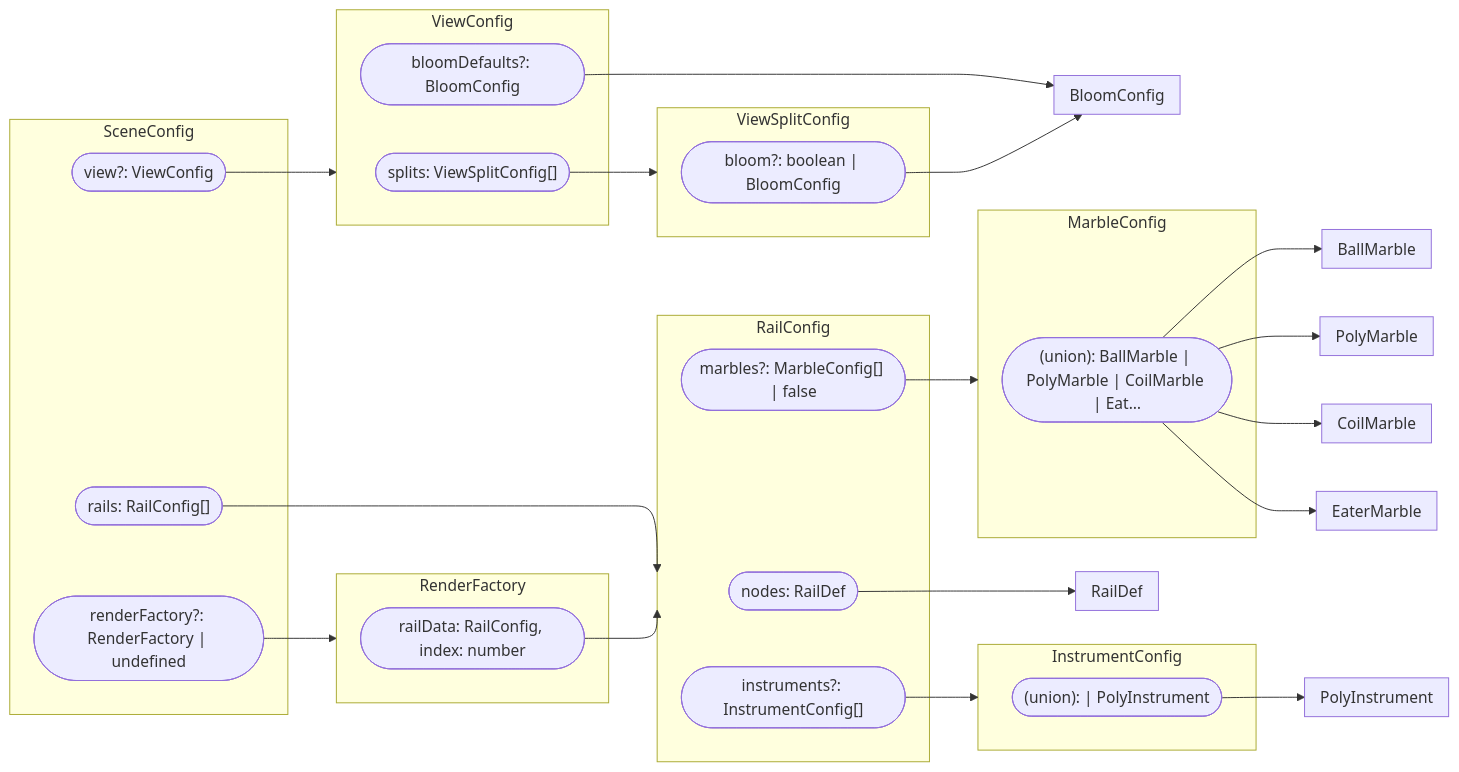
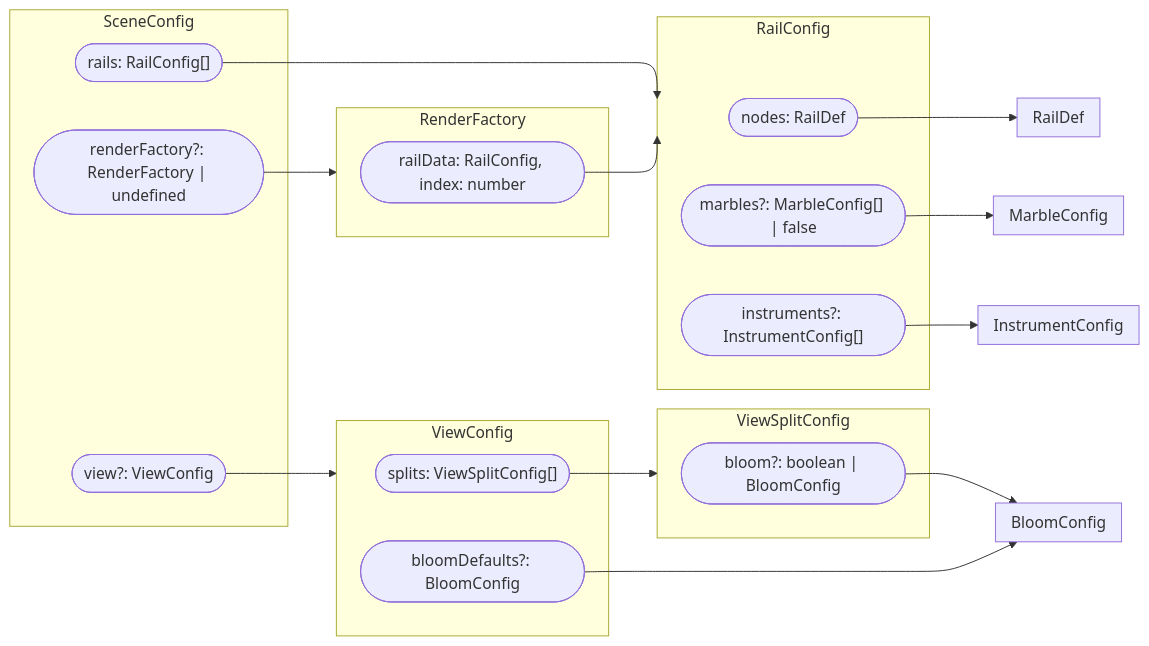
The first of 3 diagrams in ARCHITECTURE.md (darosh/ambient-circuit), drawn with Mermaid before and after one commit. The commit also changed other lines of this file and 1 other file, not shown here.

Commit message:
ARCHITECTURE.md

````diff
--- a/ARCHITECTURE.md
+++ b/ARCHITECTURE.md
@@ -5,76 +5,54 @@
 ```mermaid
 flowchart LR
 
   subgraph SceneConfig["SceneConfig"]
     SceneConfig__rails(["rails: RailConfig[]"])
     SceneConfig__renderFactory(["renderFactory?: RenderFactory | undefined"])
     SceneConfig__view(["view?: ViewConfig"])
   end
 
   subgraph RailConfig["RailConfig"]
     RailConfig__nodes(["nodes: RailDef"])
     RailConfig__marbles(["marbles?: MarbleConfig[] | false"])
     RailConfig__instruments(["instruments?: InstrumentConfig[]"])
   end
 
   subgraph RenderFactory["RenderFactory"]
     RenderFactory__railData(["railData: RailConfig, index: number"])
   end
 
   subgraph ViewConfig["ViewConfig"]
     ViewConfig__splits(["splits: ViewSplitConfig[]"])
     ViewConfig__bloomDefaults(["bloomDefaults?: BloomConfig"])
   end
 
   subgraph RailDef["RailDef"]
   end
 
   subgraph MarbleConfig["MarbleConfig"]
-    MarbleConfig___union_(["(union): BallMarble | PolyMarble | CoilMarble | Eat…"])
   end
 
   subgraph InstrumentConfig["InstrumentConfig"]
-    InstrumentConfig___union_(["(union): | PolyInstrument"])
   end
 
   subgraph ViewSplitConfig["ViewSplitConfig"]
     ViewSplitConfig__bloom(["bloom?: boolean | BloomConfig"])
   end
 
   subgraph BloomConfig["BloomConfig"]
-  end
-
-  subgraph BallMarble["BallMarble"]
-  end
-
-  subgraph PolyMarble["PolyMarble"]
-  end
-
-  subgraph CoilMarble["CoilMarble"]
-  end
-
-  subgraph EaterMarble["EaterMarble"]
-  end
-
-  subgraph PolyInstrument["PolyInstrument"]
   end
 
   %% Inheritance
 
   %% Relationships
   SceneConfig__rails --> RailConfig
   SceneConfig__renderFactory --> RenderFactory
   SceneConfig__view --> ViewConfig
   RailConfig__nodes --> RailDef
   RailConfig__marbles --> MarbleConfig
   RailConfig__instruments --> InstrumentConfig
   RenderFactory__railData --> RailConfig
   ViewConfig__splits --> ViewSplitConfig
   ViewConfig__bloomDefaults --> BloomConfig
-  MarbleConfig___union_ --> BallMarble
-  MarbleConfig___union_ --> PolyMarble
-  MarbleConfig___union_ --> CoilMarble
-  MarbleConfig___union_ --> EaterMarble
-  InstrumentConfig___union_ --> PolyInstrument
   ViewSplitConfig__bloom --> BloomConfig
 ```
````
